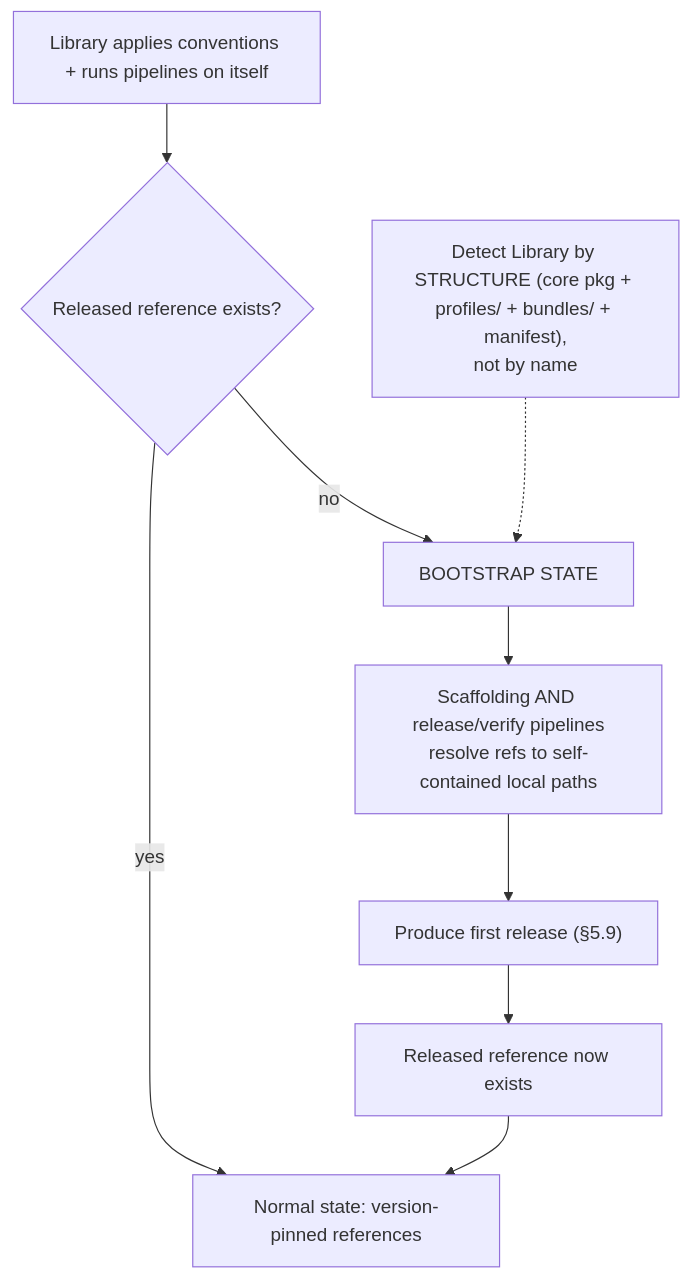
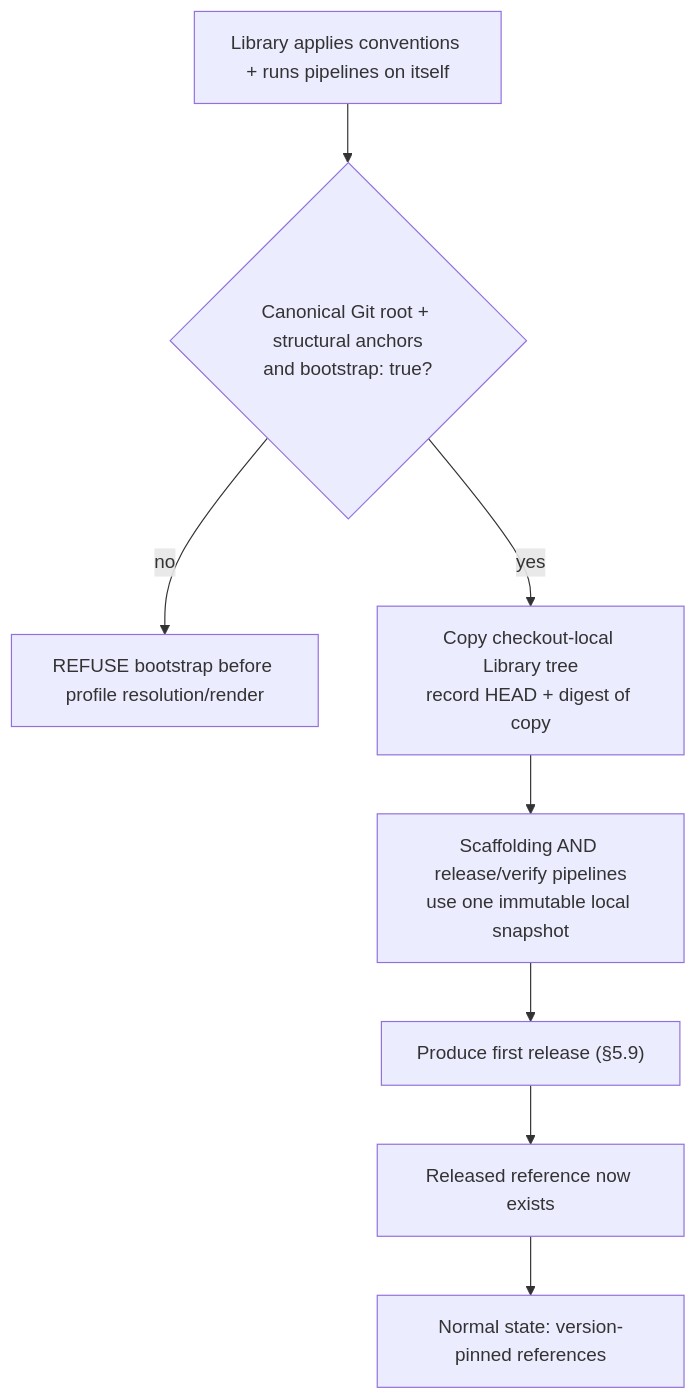
Before and after one commit to amattas/aviato: the diagram in docs/specifications/modules/onboarding/bootstrap.md, drawn with Mermaid. The commit also changed other lines of this file and 38 other files, not shown here.

Commit message:
refactor(core): bind operations to pinned context

````diff
--- a/docs/specifications/modules/onboarding/bootstrap.md
+++ b/docs/specifications/modules/onboarding/bootstrap.md
@@ -33,11 +45,11 @@
 ```mermaid
 flowchart TD
-    A["Library applies conventions + runs pipelines on itself"] --> B{"Released reference exists?"}
-    B -- no --> C["BOOTSTRAP STATE"]
-    C --> D["Scaffolding AND release/verify pipelines<br/>resolve refs to self-contained local paths"]
+    A["Library applies conventions + runs pipelines on itself"] --> H{"Canonical Git root + structural anchors<br/>and bootstrap: true?"}
+    H -- no --> X["REFUSE bootstrap before profile resolution/render"]
+    H -- yes --> C["Copy checkout-local Library tree<br/>record HEAD + digest of copy"]
+    C --> D["Scaffolding AND release/verify pipelines<br/>use one immutable local snapshot"]
     D --> E["Produce first release (§5.9)"]
     E --> F["Released reference now exists"]
-    B -- yes --> G["Normal state: version-pinned references"]
     F --> G
-    H["Detect Library by STRUCTURE (core pkg + profiles/ + bundles/ + manifest),<br/>not by name"] -.-> C
+    G["Normal state: version-pinned references"]
 ```
````
